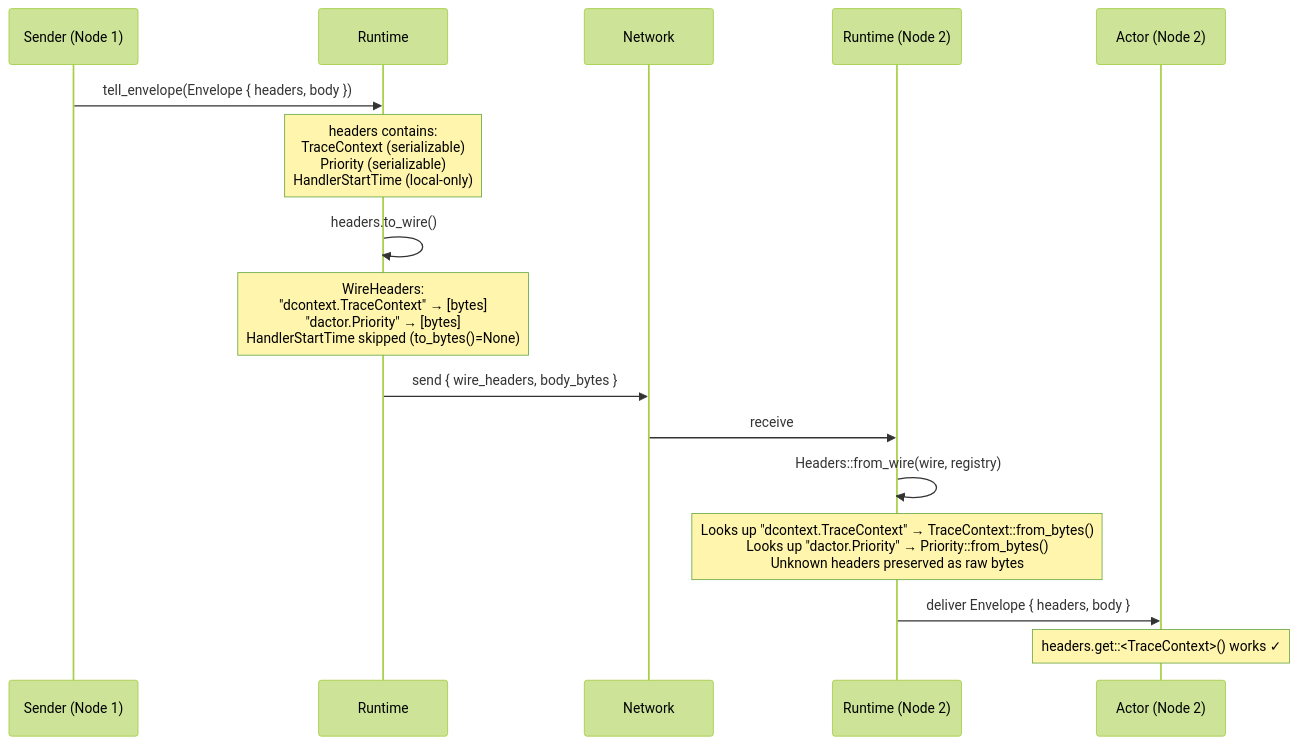
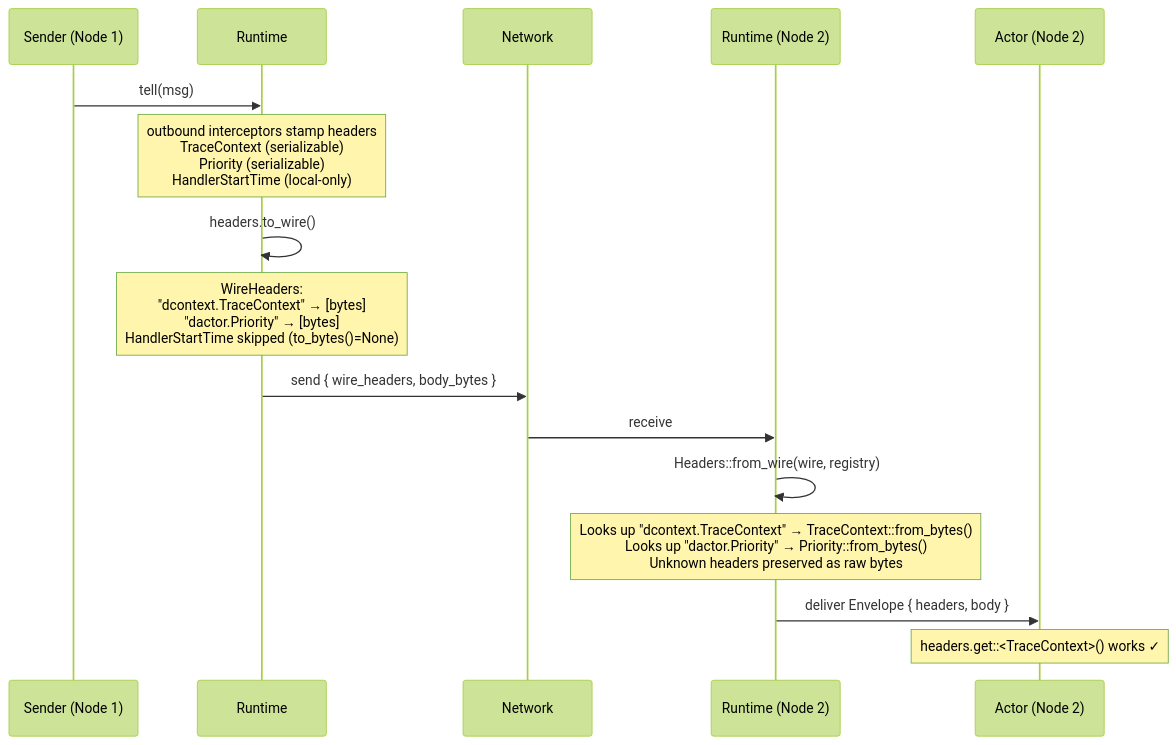
The fifth of 30 diagrams in docs/design-v0.2.md (ditas-team/dactor), drawn with Mermaid (forest theme) before and after one commit. The commit also changed other lines of this file, not shown here.

````diff
--- a/docs/design-v0.2.md
+++ b/docs/design-v0.2.md
@@ -1119,23 +1110,23 @@
 ```mermaid
 sequenceDiagram
     participant S as Sender (Node 1)
     participant R as Runtime
     participant N as Network
     participant R2 as Runtime (Node 2)
     participant A as Actor (Node 2)
 
-    S->>R: tell_envelope(Envelope { headers, body })
-    Note over R: headers contains:<br/>TraceContext (serializable)<br/>Priority (serializable)<br/>HandlerStartTime (local-only)
+    S->>R: tell(msg)
+    Note over R: outbound interceptors stamp headers<br/>TraceContext (serializable)<br/>Priority (serializable)<br/>HandlerStartTime (local-only)
 
     R->>R: headers.to_wire()
     Note over R: WireHeaders:<br/>  "dcontext.TraceContext" → [bytes]<br/>  "dactor.Priority" → [bytes]<br/>  HandlerStartTime skipped (to_bytes()=None)
 
     R->>N: send { wire_headers, body_bytes }
     N->>R2: receive
 
     R2->>R2: Headers::from_wire(wire, registry)
     Note over R2: Looks up "dcontext.TraceContext" → TraceContext::from_bytes()<br/>Looks up "dactor.Priority" → Priority::from_bytes()<br/>Unknown headers preserved as raw bytes
 
     R2->>A: deliver Envelope { headers, body }
     Note over A: headers.get::<TraceContext>() works ✓
 ```
````
